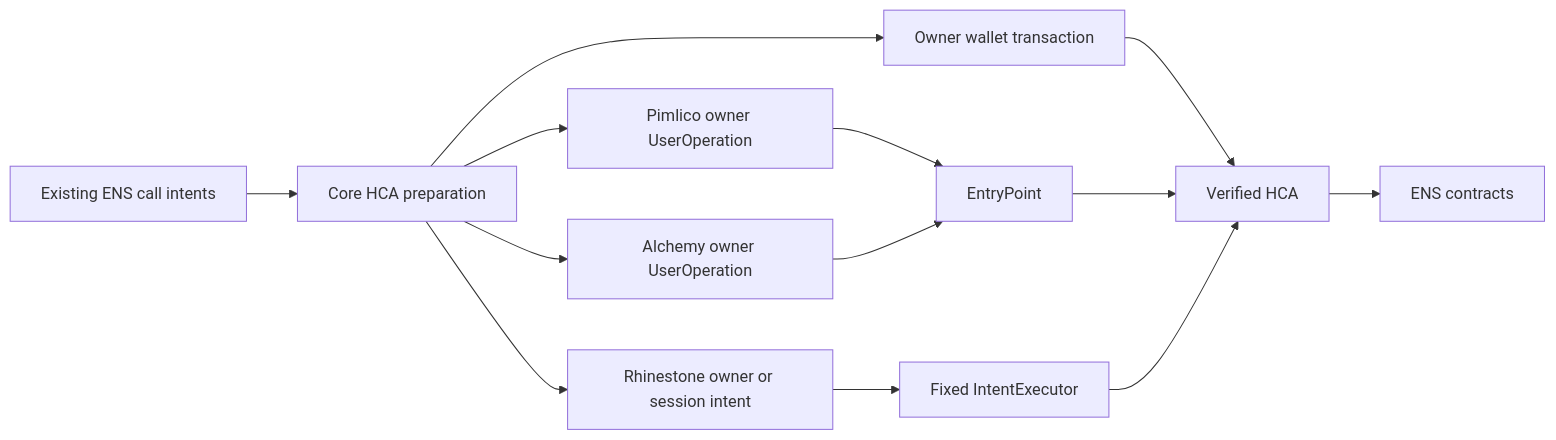
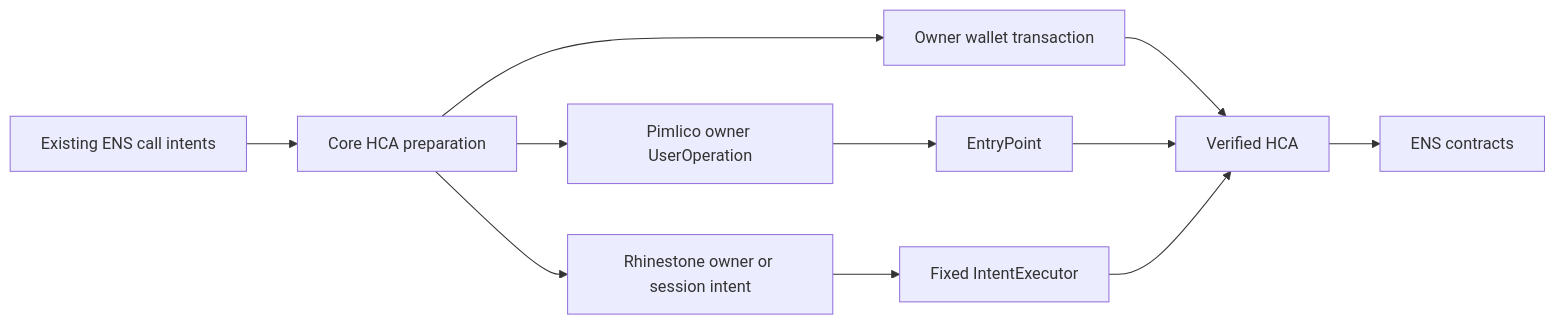
One commit to envoy1084/ensforge-deploy changed the diagram in research/hca-integration.md. Above: the diagram before and after it, drawn with Mermaid. The commit also changed other lines of this file and 9 other files, not shown here.

````diff
--- a/research/hca-integration.md
+++ b/research/hca-integration.md
@@ -128,15 +129,13 @@
 ```mermaid
 flowchart LR
   Calls[Existing ENS call intents] --> Prepare[Core HCA preparation]
   Prepare --> Wallet[Owner wallet transaction]
   Prepare --> Pimlico[Pimlico owner UserOperation]
-  Prepare --> Alchemy[Alchemy owner UserOperation]
   Prepare --> Rhinestone[Rhinestone owner or session intent]
   Wallet --> HCA[Verified HCA]
   Pimlico --> EP[EntryPoint]
-  Alchemy --> EP
   EP --> HCA
   Rhinestone --> Executor[Fixed IntentExecutor]
   Executor --> HCA
   HCA --> ENS[ENS contracts]
 ```
````
